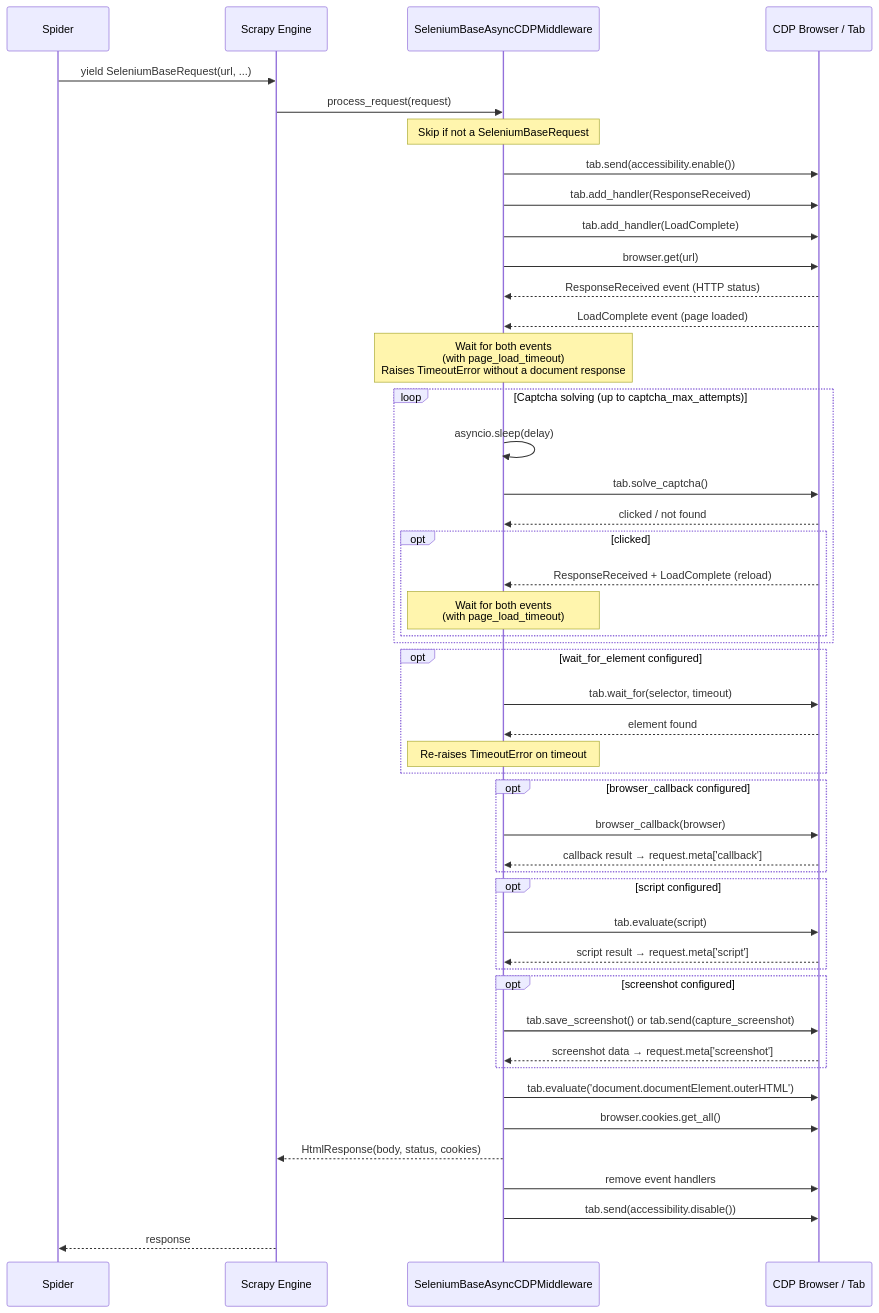
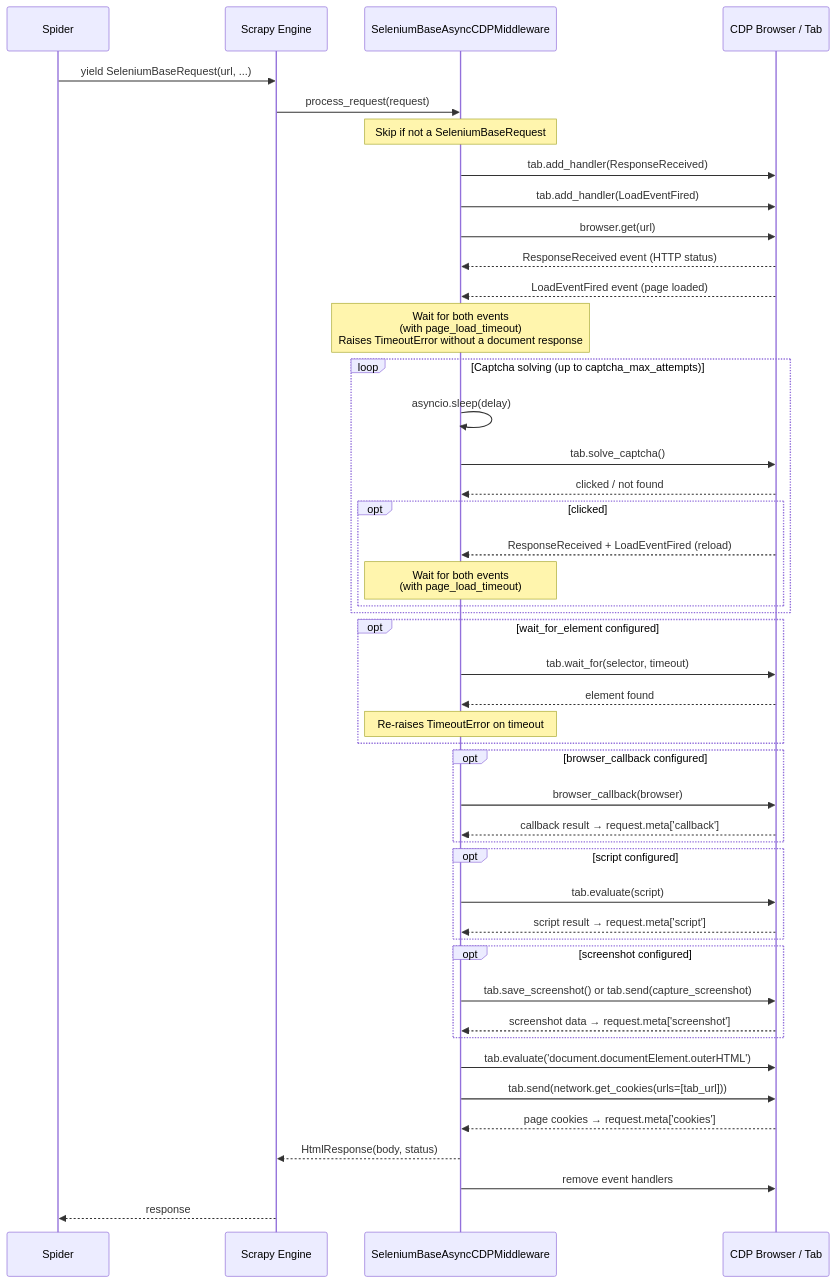
The diagram in docs/ARCHITECTURE.md (nyg/scrapy-seleniumbase-cdp), drawn with Mermaid before and after one commit. The commit also changed other lines of this file and 5 other files, not shown here.

Commit message:
fix: put page cookies in response.meta, detect page load with Page.loadEventFired and count failed post-load steps in stats (#87)

````diff
--- a/docs/ARCHITECTURE.md
+++ b/docs/ARCHITECTURE.md
@@ -12,62 +12,61 @@
 ```mermaid
 sequenceDiagram
     participant Spider
     participant Engine as Scrapy Engine
     participant MW as SeleniumBaseAsyncCDPMiddleware
     participant Browser as CDP Browser / Tab
 
     Spider->>Engine: yield SeleniumBaseRequest(url, ...)
     Engine->>MW: process_request(request)
 
     Note over MW: Skip if not a SeleniumBaseRequest
 
-    MW->>Browser: tab.send(accessibility.enable())
     MW->>Browser: tab.add_handler(ResponseReceived)
-    MW->>Browser: tab.add_handler(LoadComplete)
+    MW->>Browser: tab.add_handler(LoadEventFired)
 
     MW->>Browser: browser.get(url)
     Browser-->>MW: ResponseReceived event (HTTP status)
-    Browser-->>MW: LoadComplete event (page loaded)
+    Browser-->>MW: LoadEventFired event (page loaded)
 
     Note over MW: Wait for both events<br/>(with page_load_timeout)<br/>Raises TimeoutError without a document response
 
     loop Captcha solving (up to captcha_max_attempts)
         MW->>MW: asyncio.sleep(delay)
         MW->>Browser: tab.solve_captcha()
         Browser-->>MW: clicked / not found
         opt clicked
-            Browser-->>MW: ResponseReceived + LoadComplete (reload)
+            Browser-->>MW: ResponseReceived + LoadEventFired (reload)
             Note over MW: Wait for both events<br/>(with page_load_timeout)
         end
     end
 
     opt wait_for_element configured
         MW->>Browser: tab.wait_for(selector, timeout)
         Browser-->>MW: element found
         Note over MW: Re-raises TimeoutError on timeout
     end
 
     opt browser_callback configured
         MW->>Browser: browser_callback(browser)
         Browser-->>MW: callback result → request.meta['callback']
     end
 
     opt script configured
         MW->>Browser: tab.evaluate(script)
         Browser-->>MW: script result → request.meta['script']
     end
 
     opt screenshot configured
         MW->>Browser: tab.save_screenshot() or tab.send(capture_screenshot)
         Browser-->>MW: screenshot data → request.meta['screenshot']
     end
 
     MW->>Browser: tab.evaluate('document.documentElement.outerHTML')
-    MW->>Browser: browser.cookies.get_all()
-    MW-->>Engine: HtmlResponse(body, status, cookies)
+    MW->>Browser: tab.send(network.get_cookies(urls=[tab_url]))
+    Browser-->>MW: page cookies → request.meta['cookies']
+    MW-->>Engine: HtmlResponse(body, status)
 
     MW->>Browser: remove event handlers
-    MW->>Browser: tab.send(accessibility.disable())
 
     Engine-->>Spider: response
 ```
````
